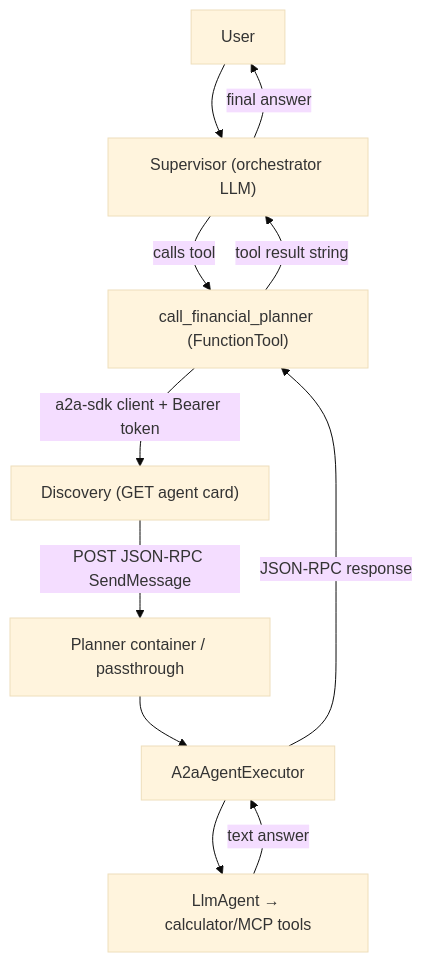
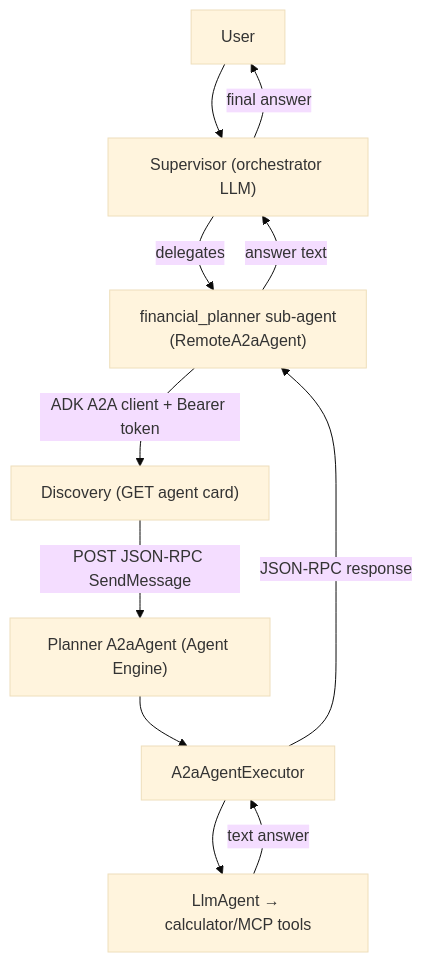
Before and after one commit to akashh94/akapal-geap-financial-planner: the third of 3 diagrams in docs/A2A_GUIDE_FOR_BEGINNERS.md, drawn with Mermaid (base theme). The commit also changed other lines of this file and 11 other files, not shown here.

First line of the commit message:
Migrate financial planner to Cloud Run (Model A) and fix planner behavior

````diff
--- a/docs/A2A_GUIDE_FOR_BEGINNERS.md
+++ b/docs/A2A_GUIDE_FOR_BEGINNERS.md
@@ -179,13 +177,13 @@
 ```mermaid
 flowchart TD
     U["User"] --> S["Supervisor (orchestrator LLM)"]
-    S -->|"calls tool"| T["call_financial_planner (FunctionTool)"]
-    T -->|"a2a-sdk client + Bearer token"| C["Discovery (GET agent card)"]
-    C -->|"POST JSON-RPC SendMessage"| P["Planner container / passthrough"]
+    S -->|"delegates"| T["financial_planner sub-agent<br/>(RemoteA2aAgent)"]
+    T -->|"ADK A2A client + Bearer token"| C["Discovery (GET agent card)"]
+    C -->|"POST JSON-RPC SendMessage"| P["Planner A2aAgent (Agent Engine)"]
     P --> E["A2aAgentExecutor"]
     E --> A["LlmAgent → calculator/MCP tools"]
     A -->|"text answer"| E
     E -->|"JSON-RPC response"| T
-    T -->|"tool result string"| S
+    T -->|"answer text"| S
     S -->|"final answer"| U
 ```
````
